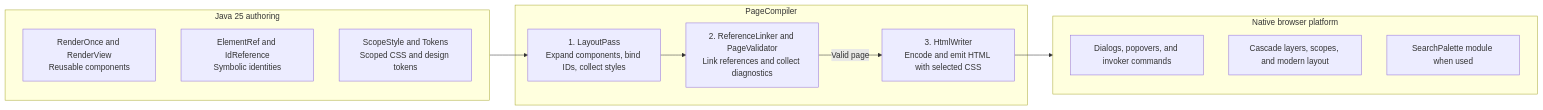
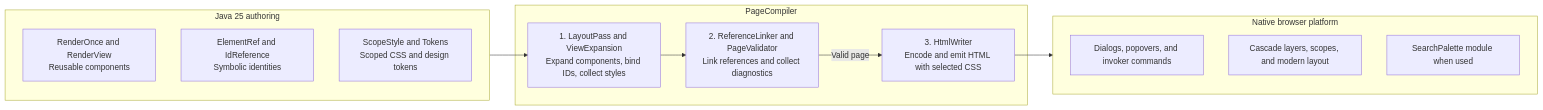
The first of 2 diagrams in README.md (thiagogcm/tessera), drawn with Mermaid before and after one commit. The commit also changed 36 other files, not shown here.

````diff
--- a/README.md
+++ b/README.md
@@ -17,24 +17,24 @@
 ```mermaid
 flowchart LR
     subgraph Authoring["Java 25 authoring"]
         Components["RenderOnce and RenderView<br/>Reusable components"]
         References["ElementRef and IdReference<br/>Symbolic identities"]
         Styles["ScopeStyle and Tokens<br/>Scoped CSS and design tokens"]
     end
 
     subgraph Compiler["PageCompiler"]
-        Layout["1. LayoutPass<br/>Expand components, bind IDs, collect styles"]
+        Layout["1. LayoutPass and ViewExpansion<br/>Expand components, bind IDs, collect styles"]
         Prepaint["2. ReferenceLinker and PageValidator<br/>Link references and collect diagnostics"]
         Paint["3. HtmlWriter<br/>Encode and emit HTML with selected CSS"]
         Layout --> Prepaint -->|Valid page| Paint
     end
 
     subgraph Browser["Native browser platform"]
         Controls["Dialogs, popovers, and invoker commands"]
         CSS["Cascade layers, scopes, and modern layout"]
         Search["SearchPalette module when used"]
     end
 
     Authoring --> Layout
     Paint --> Browser
 ```
````
